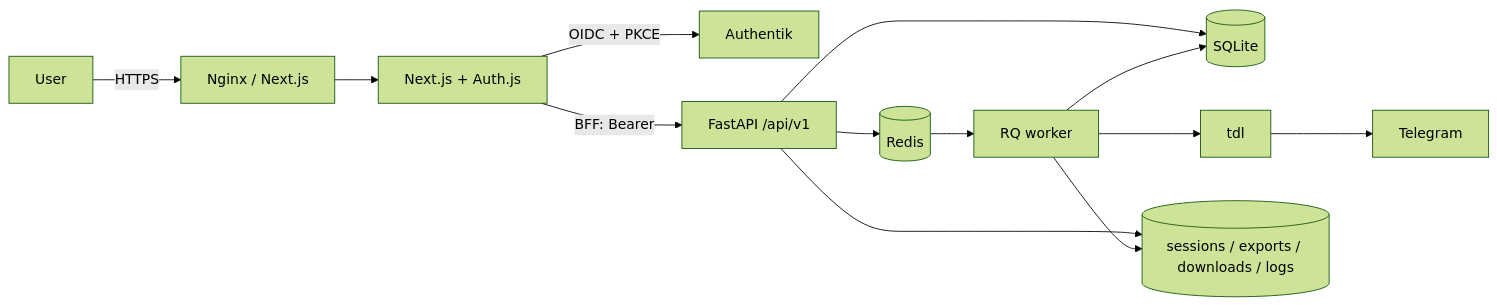
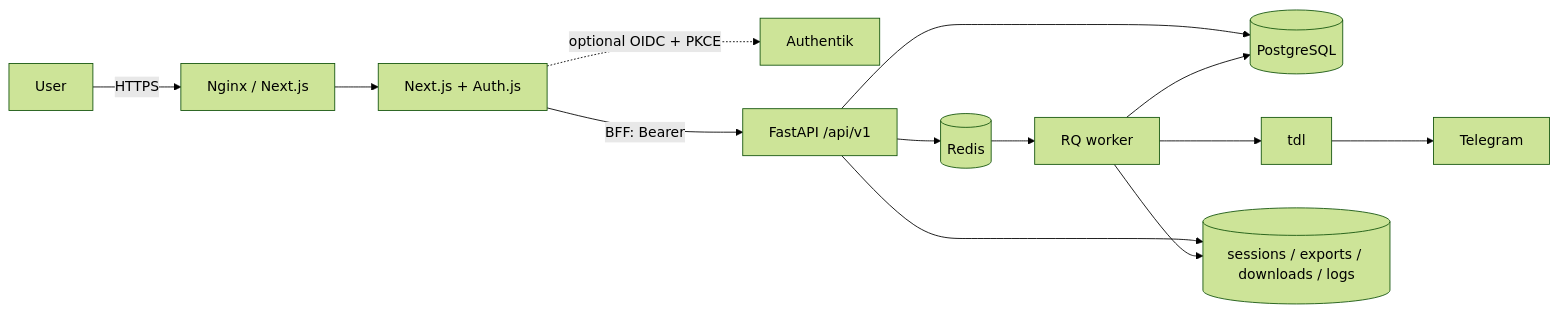
The diagram in README.md (overhang1275/tdl-web-next), drawn with Mermaid (forest theme) before and after one commit. The commit also changed other lines of this file and 8 other files, not shown here.

````diff
--- a/README.md
+++ b/README.md
@@ -18,15 +19,15 @@
 ```mermaid
 flowchart LR
   U[User] -->|HTTPS| N[Nginx / Next.js]
   N --> W[Next.js + Auth.js]
-  W -->|OIDC + PKCE| A[Authentik]
+  W -.->|optional OIDC + PKCE| A[Authentik]
   W -->|BFF: Bearer| API[FastAPI /api/v1]
-  API --> DB[(SQLite)]
+  API --> DB[(PostgreSQL)]
   API --> R[(Redis)]
   R --> WK[RQ worker]
   WK --> T[tdl]
   WK --> DB
   T --> TG[Telegram]
   API --> FS[(sessions / exports / downloads / logs)]
   WK --> FS
 ```
````
